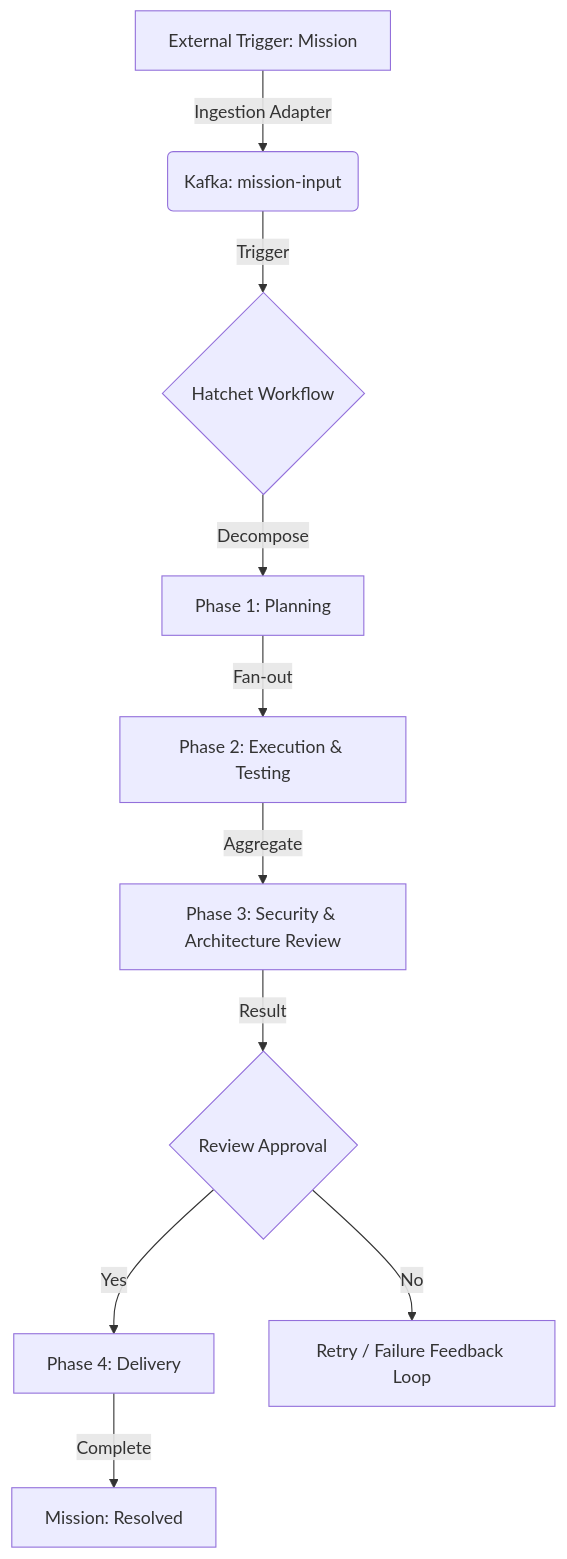
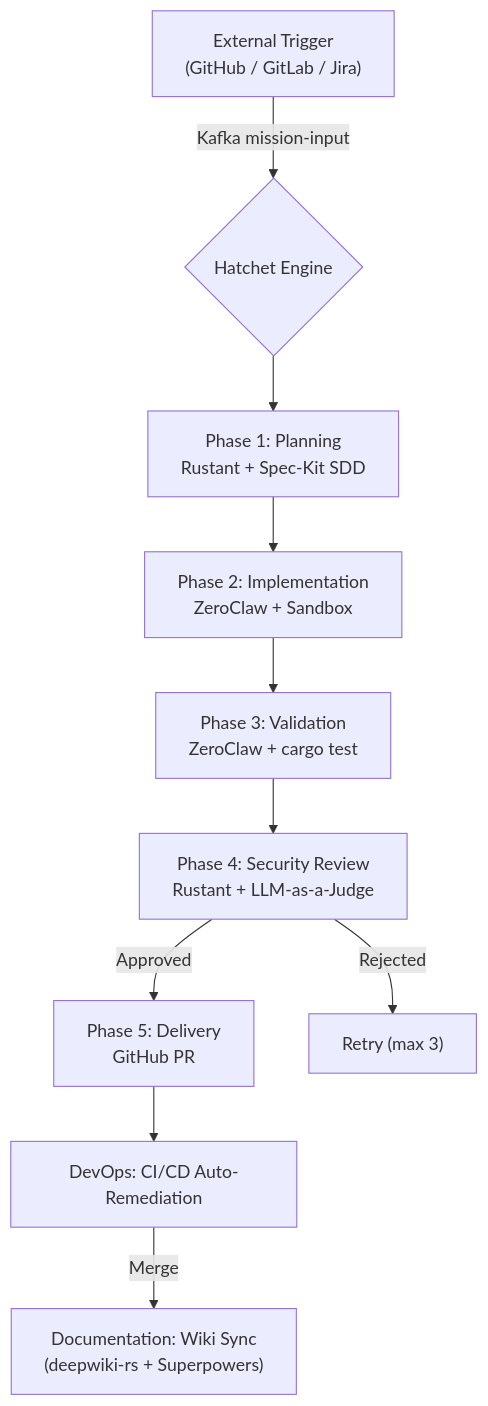
Before and after one commit to lgcorzo/rust_CACD_autonomous_factory: the diagram in wiki/BUSINESS-CONTEXT.md, drawn with Mermaid. The commit also changed other lines of this file and 12 other files, not shown here.

Commit message:
docs: overhaul wiki documentation, expanding architectural, infrastructure, and operational specifications.

````diff
--- a/wiki/BUSINESS-CONTEXT.md
+++ b/wiki/BUSINESS-CONTEXT.md
@@ -34,12 +35,12 @@
 ```mermaid
 graph TD
-    A["External Trigger: Mission"] -->|Ingestion Adapter| B("Kafka: mission-input")
-    B -->|Trigger| C{"Hatchet Workflow"}
-    C -->|Decompose| D["Phase 1: Planning"]
-    D -->|Fan-out| E["Phase 2: Execution & Testing"]
-    E -->|Aggregate| F["Phase 3: Security & Architecture Review"]
-    F -->|Result| G{"Review Approval"}
-    G -->|Yes| H["Phase 4: Delivery"]
-    G -->|No| I["Retry / Failure Feedback Loop"]
-    H -->|Complete| J["Mission: Resolved"]
+    A["External Trigger\n(GitHub / GitLab / Jira)"] -->|Kafka mission-input| B{Hatchet Engine}
+    B --> C["Phase 1: Planning\nRustant + Spec-Kit SDD"]
+    C --> D["Phase 2: Implementation\nZeroClaw + Sandbox"]
+    D --> E["Phase 3: Validation\nZeroClaw + cargo test"]
+    E --> F["Phase 4: Security Review\nRustant + LLM-as-a-Judge"]
+    F -->|Approved| G["Phase 5: Delivery\nGitHub PR"]
+    F -->|Rejected| H["Retry (max 3)"]
+    G --> I["DevOps: CI/CD Auto-Remediation"]
+    I -->|Merge| J["Documentation: Wiki Sync\n(deepwiki-rs + Superpowers)"]
 ```
````
